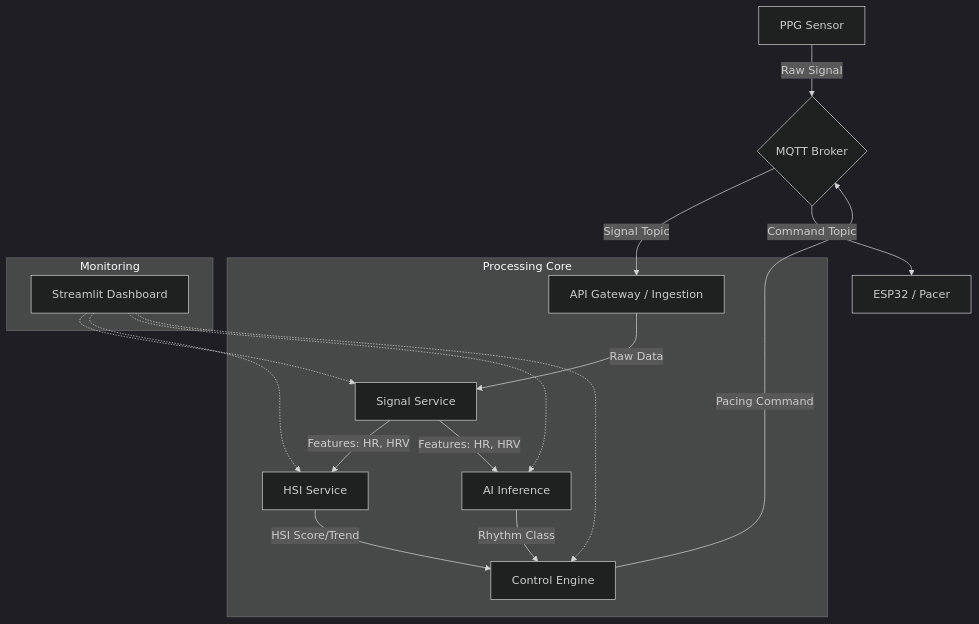
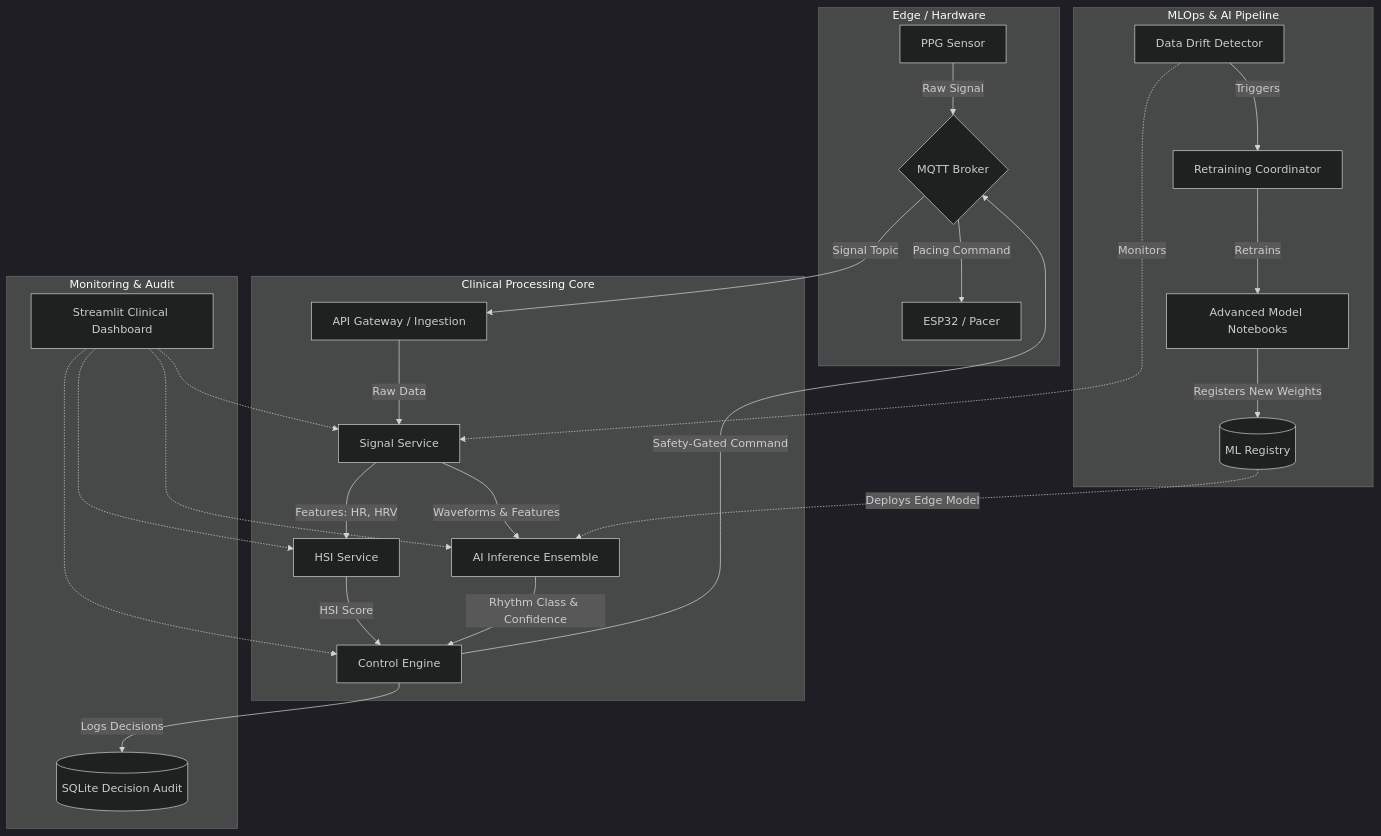
One commit to iamsarvrath/Pulse-Mind changed the diagram in README.md. Above: the diagram before and after it, drawn with Mermaid (dark theme). The commit also changed other lines of this file, not shown here.

Commit message:
docs: Update README with PulseMind v5.0 features and clinical documentation

````diff
--- a/README.md
+++ b/README.md
@@ -9,23 +35,40 @@
 ```mermaid
 graph TD
-    Sensor[PPG Sensor] -->|Raw Signal| MQTT{MQTT Broker}
+    subgraph "Edge / Hardware"
+        Sensor[PPG Sensor] -->|Raw Signal| MQTT{MQTT Broker}
+        MQTT -->|Pacing Command| Actuator[ESP32 / Pacer]
+    end
+
     MQTT -->|Signal Topic| Ingest[API Gateway / Ingestion]
 
-    subgraph "Processing Core"
+    subgraph "Clinical Processing Core"
         Ingest -->|Raw Data| Signal[Signal Service]
         Signal -->|Features: HR, HRV| HSI[HSI Service]
-        Signal -->|Features: HR, HRV| AI[AI Inference]
-        HSI -->|HSI Score/Trend| Control[Control Engine]
-        AI -->|Rhythm Class| Control
+        Signal -->|Waveforms & Features| AIInference[AI Inference Ensemble]
+        
+        HSI -->|HSI Score| Control[Control Engine]
+        AIInference -->|Rhythm Class & Confidence| Control
+        
+        Control -->|Safety-Gated Command| MQTT
     end
 
-    Control -->|Pacing Command| MQTT
-    MQTT -->|Command Topic| Actuator[ESP32 / Pacer]
+    subgraph "MLOps & AI Pipeline"
+        ModelRegistry[(ML Registry)] -.->|Deploys Edge Model| AIInference
+        DriftMonitor[Data Drift Detector] -.->|Monitors| Signal
+        RetrainCoord[Retraining Coordinator]
+        
+        DriftMonitor -->|Triggers| RetrainCoord
+        RetrainCoord -->|Retrains| AdvancedModels[Advanced Model Notebooks]
+        AdvancedModels -->|Registers New Weights| ModelRegistry
+    end
 
-    subgraph "Monitoring"
-        Dashboard[Streamlit Dashboard] -.-> Signal
+    subgraph "Monitoring & Audit"
+        Dashboard[Streamlit Clinical Dashboard]
+        Dashboard -.-> Signal
         Dashboard -.-> HSI
-        Dashboard -.-> AI
+        Dashboard -.-> AIInference
         Dashboard -.-> Control
+        AuditDB[(SQLite Decision Audit)]
+        Control -->|Logs Decisions| AuditDB
     end
 ```
````
